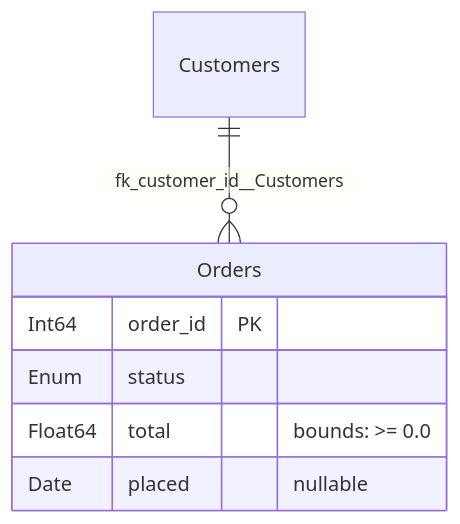
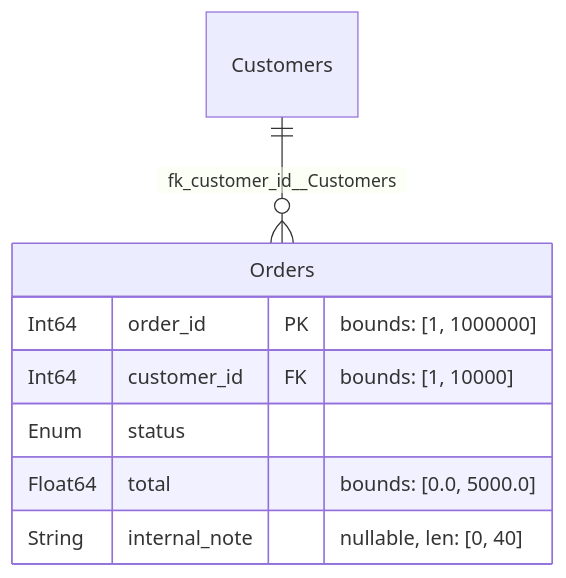
One commit to MaxwellB13/polspec changed the diagram in docs/how-to/documenting.md. Above: the diagram before and after it, drawn with Mermaid. The commit also changed other lines of this file and 28 other files, not shown here.

````diff
--- a/docs/how-to/documenting.md
+++ b/docs/how-to/documenting.md
@@ -95,10 +105,11 @@
 ```mermaid
 erDiagram
     Orders {
-        Int64 order_id PK
+        Int64 order_id PK "bounds: [1, 1000000]"
+        Int64 customer_id FK "bounds: [1, 10000]"
         Enum status
-        Float64 total "bounds: >= 0.0"
-        Date placed "nullable"
+        Float64 total "bounds: [0.0, 5000.0]"
+        String internal_note "nullable, len: [0, 40]"
     }
     Customers ||--o{ Orders : "fk_customer_id__Customers"
 ```
````
